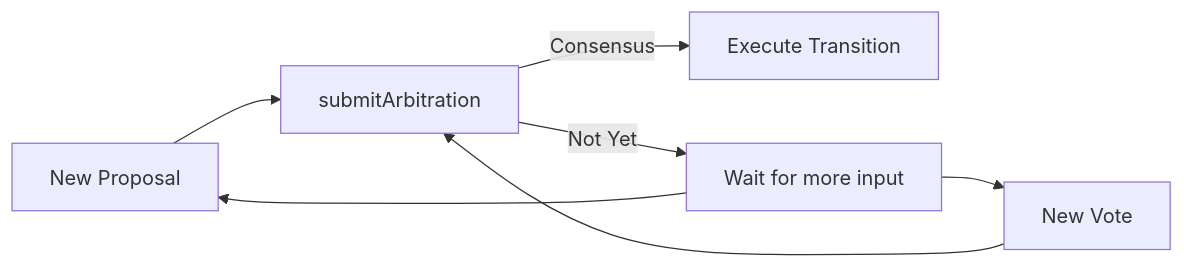
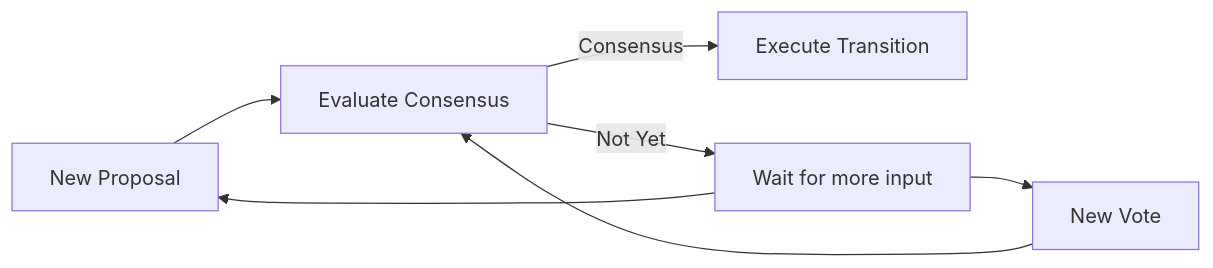
One commit to eloquentanalytics/dialai changed the diagram in website/docs/concepts/arbitration.md. Above: the diagram before and after it, drawn with Mermaid. The commit also changed other lines of this file and 23 other files, not shown here.

````diff
--- a/website/docs/concepts/arbitration.md
+++ b/website/docs/concepts/arbitration.md
@@ -13,9 +13,9 @@
 ```mermaid
 graph LR
-    P[New Proposal] --> A[submitArbitration]
+    P[New Proposal] --> A[Evaluate Consensus]
     V[New Vote] --> A
     A --> |Consensus| E[Execute Transition]
     A --> |Not Yet| W[Wait for more input]
     W --> P
     W --> V
 ```
````
